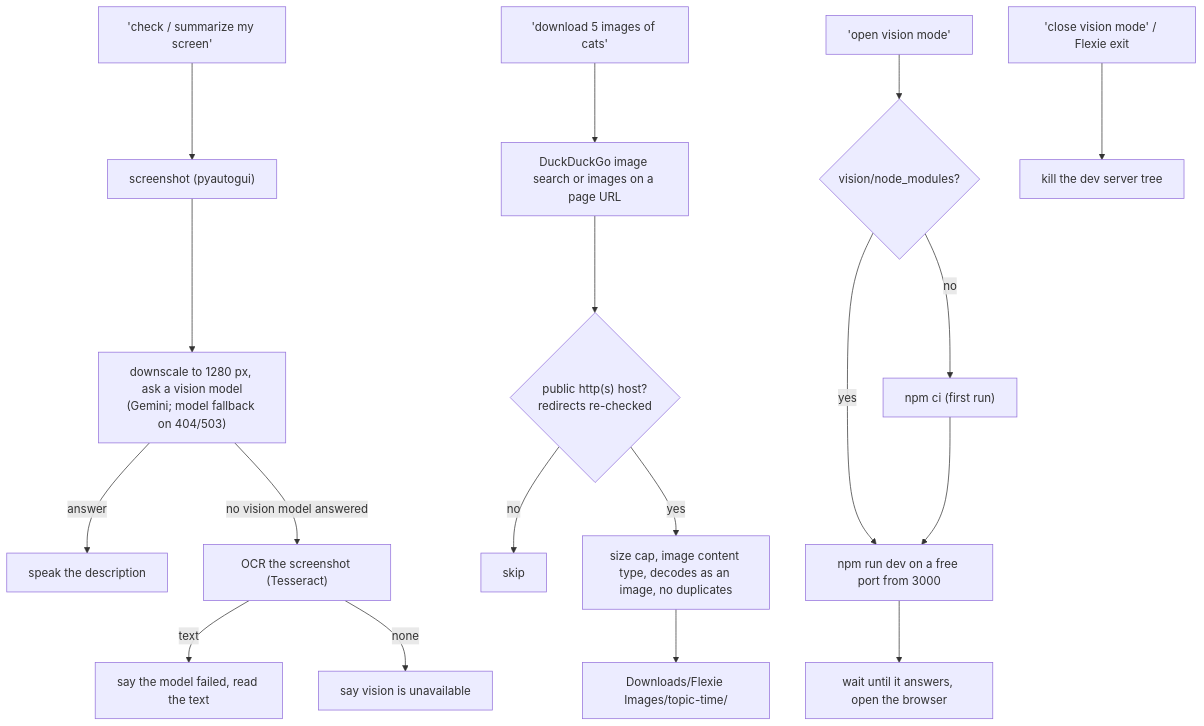
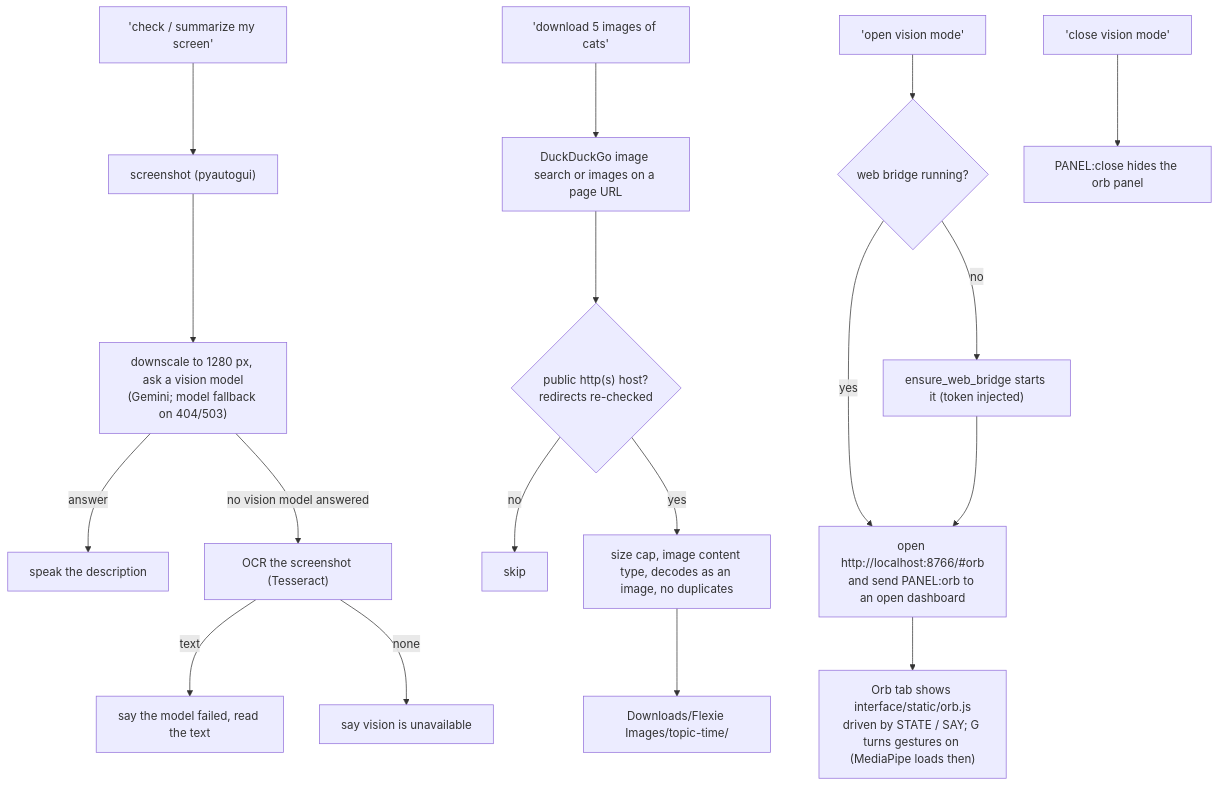
Before and after one commit to DhanushN2005/Agentic-AI-Desktop-Assistant-: diagram 17 of 21 in tools/architecture_flows.md, drawn with Mermaid. The commit also changed other lines of this file and 61 other files, not shown here.

First line of the commit message:
Add comprehensive tests for launcher and web dashboard functionality

````diff
--- a/tools/architecture_flows.md
+++ b/tools/architecture_flows.md
@@ -370,22 +370,22 @@
 ```mermaid
 flowchart TD
     S1["'check / summarize my screen'"] --> S2["screenshot (pyautogui)"]
     S2 --> S3["downscale to 1280 px, ask a vision model<br/>(Gemini; model fallback on 404/503)"]
     S3 -->|answer| S4["speak the description"]
     S3 -->|"no vision model answered"| S5["OCR the screenshot (Tesseract)"]
     S5 -->|text| S6["say the model failed, read the text"]
     S5 -->|none| S7["say vision is unavailable"]
 
     I1["'download 5 images of cats'"] --> I2["DuckDuckGo image search or images on a page URL"]
     I2 --> I3{"public http(s) host?<br/>redirects re-checked"}
     I3 -->|no| I4["skip"]
     I3 -->|yes| I5["size cap, image content type, decodes as an image, no duplicates"]
     I5 --> I6["Downloads/Flexie Images/topic-time/"]
 
-    V1["'open vision mode'"] --> V2{"vision/node_modules?"}
-    V2 -->|no| V3["npm ci (first run)"]
+    V1["'open vision mode'"] --> V2{"web bridge running?"}
+    V2 -->|no| V3["ensure_web_bridge starts it (token injected)"]
     V2 -->|yes| V4
-    V3 --> V4["npm run dev on a free port from 3000"]
-    V4 --> V5["wait until it answers, open the browser"]
-    V6["'close vision mode' / Flexie exit"] --> V7["kill the dev server tree"]
+    V3 --> V4["open http://localhost:8766/#orb<br/>and send PANEL:orb to an open dashboard"]
+    V4 --> V5["Orb tab shows interface/static/orb.js<br/>driven by STATE / SAY; G turns gestures on (MediaPipe loads then)"]
+    V6["'close vision mode'"] --> V7["PANEL:close hides the orb panel"]
 ```
````
